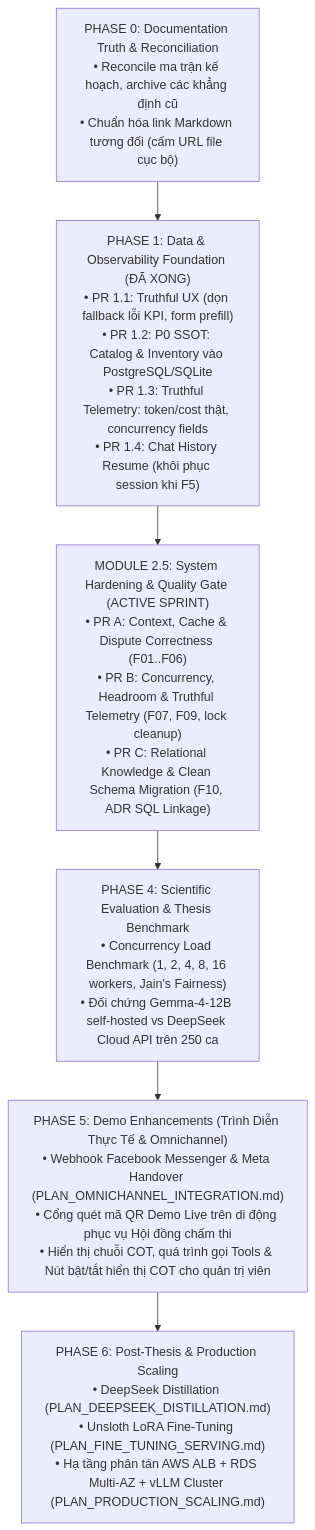
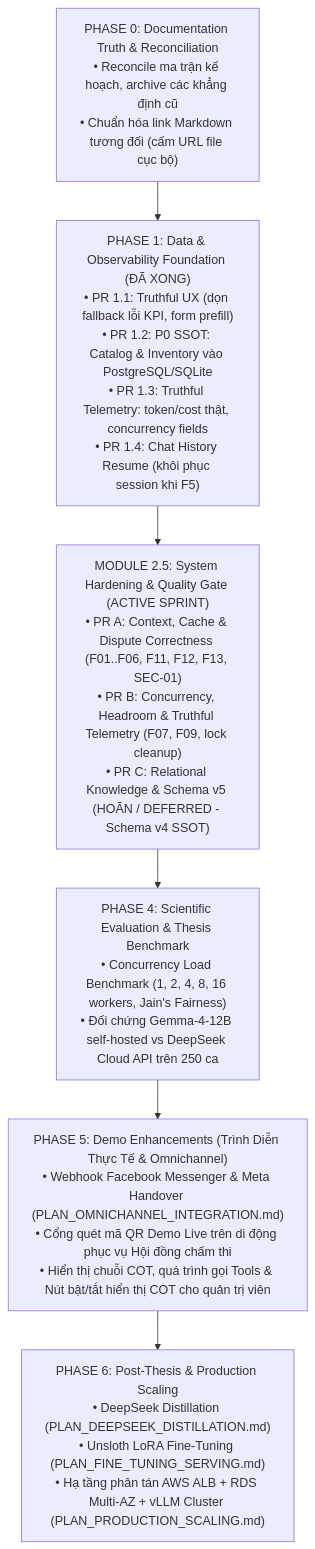
One commit to tuteemovaixlong/CSKH_ban_le changed the diagram in docs/PLAN_ROADMAP_INDEX.md. Above: the diagram before and after it, drawn with Mermaid. The commit also changed other lines of this file and 5 other files, not shown here.

Commit message:
docs: align Module 2.5 plans with GPT 6 review (cache policy, race invalidation, RBAC matrix, frozen benchmark)

````diff
--- a/docs/PLAN_ROADMAP_INDEX.md
+++ b/docs/PLAN_ROADMAP_INDEX.md
@@ -13,20 +13,20 @@
 ```mermaid
 flowchart TD
     P0["PHASE 0: Documentation Truth & Reconciliation<br/>• Reconcile ma trận kế hoạch, archive các khẳng định cũ<br/>• Chuẩn hóa link Markdown tương đối (cấm URL file cục bộ)"]
     
     P1["PHASE 1: Data & Observability Foundation (ĐÃ XONG)<br/>• PR 1.1: Truthful UX (dọn fallback lỗi KPI, form prefill)<br/>• PR 1.2: P0 SSOT: Catalog & Inventory vào PostgreSQL/SQLite<br/>• PR 1.3: Truthful Telemetry: token/cost thật, concurrency fields<br/>• PR 1.4: Chat History Resume (khôi phục session khi F5)"]
     
-    M25["MODULE 2.5: System Hardening & Quality Gate (ACTIVE SPRINT)<br/>• PR A: Context, Cache & Dispute Correctness (F01..F06)<br/>• PR B: Concurrency, Headroom & Truthful Telemetry (F07, F09, lock cleanup)<br/>• PR C: Relational Knowledge & Clean Schema Migration (F10, ADR SQL Linkage)"]
+    M25["MODULE 2.5: System Hardening & Quality Gate (ACTIVE SPRINT)<br/>• PR A: Context, Cache & Dispute Correctness (F01..F06, F11, F12, F13, SEC-01)<br/>• PR B: Concurrency, Headroom & Truthful Telemetry (F07, F09, lock cleanup)<br/>• PR C: Relational Knowledge & Schema v5 (HOÃN / DEFERRED - Schema v4 SSOT)"]
     
     P4["PHASE 4: Scientific Evaluation & Thesis Benchmark<br/>• Concurrency Load Benchmark (1, 2, 4, 8, 16 workers, Jain's Fairness)<br/>• Đối chứng Gemma-4-12B self-hosted vs DeepSeek Cloud API trên 250 ca"]
     
     P5["PHASE 5: Demo Enhancements (Trình Diễn Thực Tế & Omnichannel)<br/>• Webhook Facebook Messenger & Meta Handover (PLAN_OMNICHANNEL_INTEGRATION.md)<br/>• Cổng quét mã QR Demo Live trên di động phục vụ Hội đồng chấm thi<br/>• Hiển thị chuỗi COT, quá trình gọi Tools & Nút bật/tắt hiển thị COT cho quản trị viên"]
     
     P6["PHASE 6: Post-Thesis & Production Scaling<br/>• DeepSeek Distillation (PLAN_DEEPSEEK_DISTILLATION.md)<br/>• Unsloth LoRA Fine-Tuning (PLAN_FINE_TUNING_SERVING.md)<br/>• Hạ tầng phân tán AWS ALB + RDS Multi-AZ + vLLM Cluster (PLAN_PRODUCTION_SCALING.md)"]
 
     P0 --> P1
     P1 --> M25
     M25 --> P4
     P4 --> P5
     P5 --> P6
 ```
````
